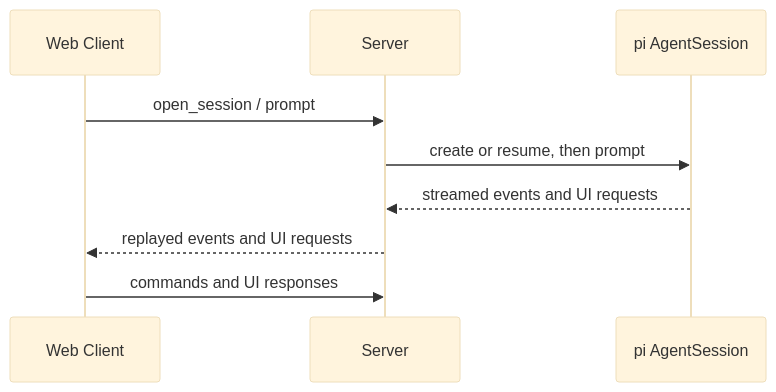
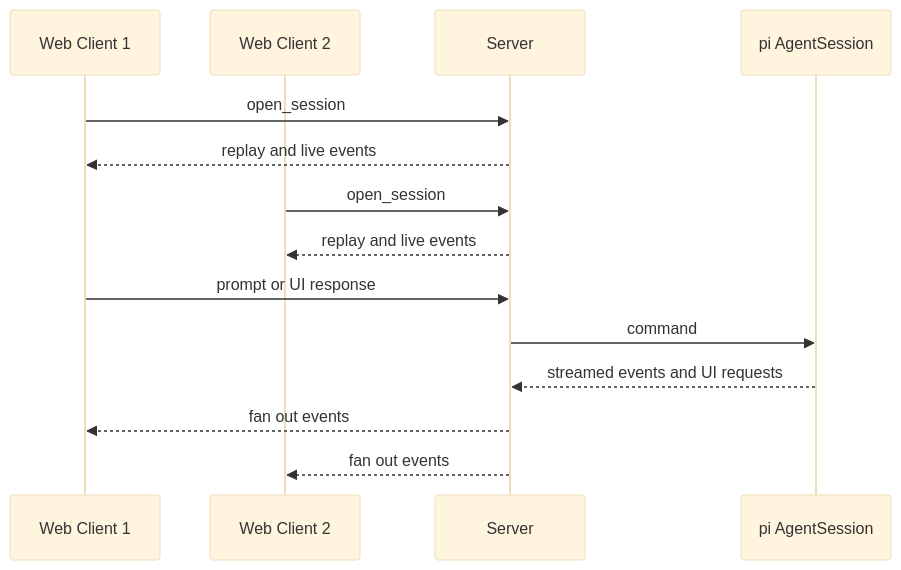
One commit to alennartz/pimote changed the second of 2 diagrams in codemap.md. Above: the diagram before and after it, drawn with Mermaid (base theme). The commit also changed other lines of this file and 18 other files, not shown here.

````diff
--- a/codemap.md
+++ b/codemap.md
@@ -20,12 +20,17 @@
 ```mermaid
 sequenceDiagram
-  participant C as Web Client
+  participant C1 as Web Client 1
+  participant C2 as Web Client 2
   participant S as Server
   participant P as pi AgentSession
 
-  C->>S: open_session / prompt
-  S->>P: create or resume, then prompt
+  C1->>S: open_session
+  S-->>C1: replay and live events
+  C2->>S: open_session
+  S-->>C2: replay and live events
+  C1->>S: prompt or UI response
+  S->>P: command
   P-->>S: streamed events and UI requests
-  S-->>C: replayed events and UI requests
-  C->>S: commands and UI responses
+  S-->>C1: fan out events
+  S-->>C2: fan out events
 ```
````
